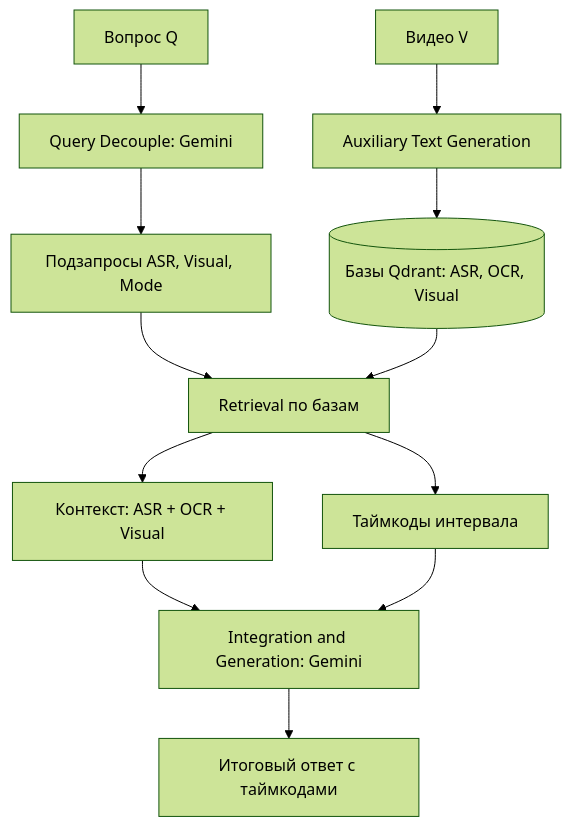
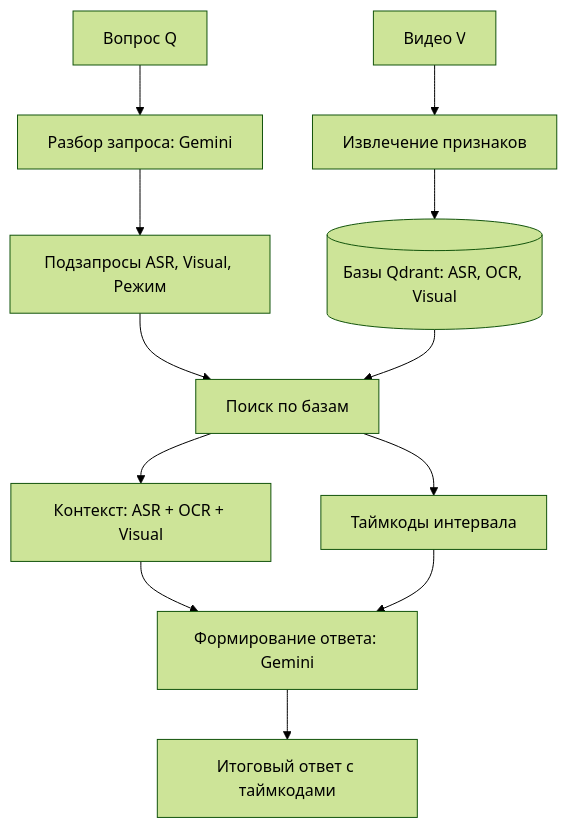
Before and after one commit to maxlyara1/multimodal-video-search: the diagram in README.md, drawn with Mermaid (forest theme). The commit also changed other lines of this file and 5 other files, not shown here.

````diff
--- a/README.md
+++ b/README.md
@@ -33,17 +33,17 @@
 ```mermaid
 graph TD
-    Q[Вопрос Q] --> D[Query Decouple: Gemini]
-    D --> R[Подзапросы ASR, Visual, Mode]
+    Q[Вопрос Q] --> D[Разбор запроса: Gemini]
+    D --> R[Подзапросы ASR, Visual, Режим]
 
-    V[Видео V] --> AUX[Auxiliary Text Generation]
+    V[Видео V] --> AUX[Извлечение признаков]
     AUX --> DB[(Базы Qdrant: ASR, OCR, Visual)]
 
-    R --> RET[Retrieval по базам]
+    R --> RET[Поиск по базам]
     DB --> RET
     RET --> AM[Контекст: ASR + OCR + Visual]
     RET --> INT[Таймкоды интервала]
 
-    AM --> GEN[Integration and Generation: Gemini]
+    AM --> GEN[Формирование ответа: Gemini]
     INT --> GEN
     GEN --> O[Итоговый ответ с таймкодами]
 ```
````
